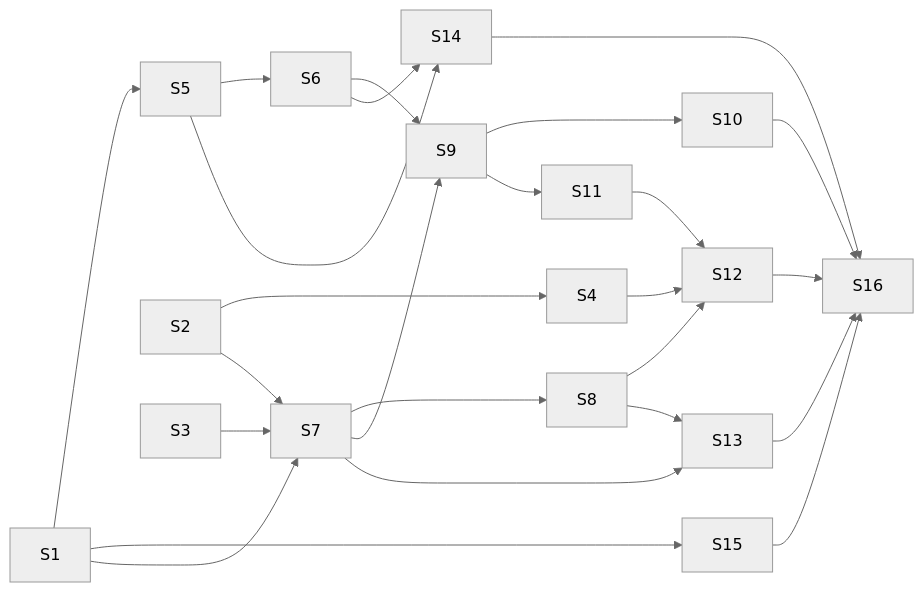
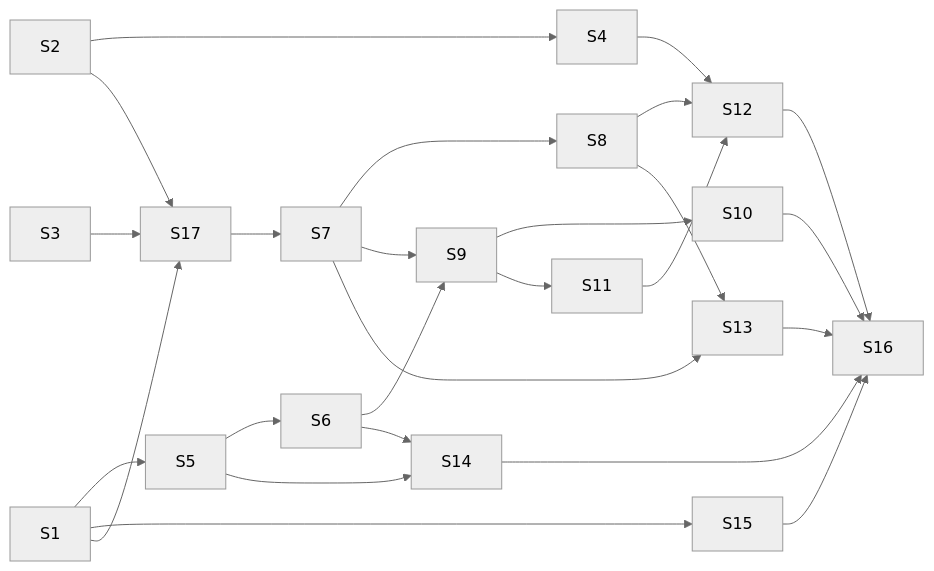
One commit to thiscantbeserious/agent-session-recorder changed the diagram in .state/feature-gzip-storage/PLAN.md. Above: the diagram before and after it, drawn with Mermaid (neutral theme). The commit also changed other lines of this file, not shown here.

````diff
--- a/.state/feature-gzip-storage/PLAN.md
+++ b/.state/feature-gzip-storage/PLAN.md
@@ -409,14 +436,14 @@
 ```mermaid
 flowchart LR
   S1 --> S5 --> S6
   S1 --> S15
   S2 --> S4
-  S1 & S2 & S3 --> S7 --> S8
+  S1 & S2 & S3 --> S17 --> S7 --> S8
   S6 & S7 --> S9
   S9 --> S10
   S9 --> S11 --> S12
   S4 & S8 --> S12
   S7 & S8 --> S13
   S5 & S6 --> S14
   S10 & S12 & S13 & S14 & S15 --> S16
 ```
````
